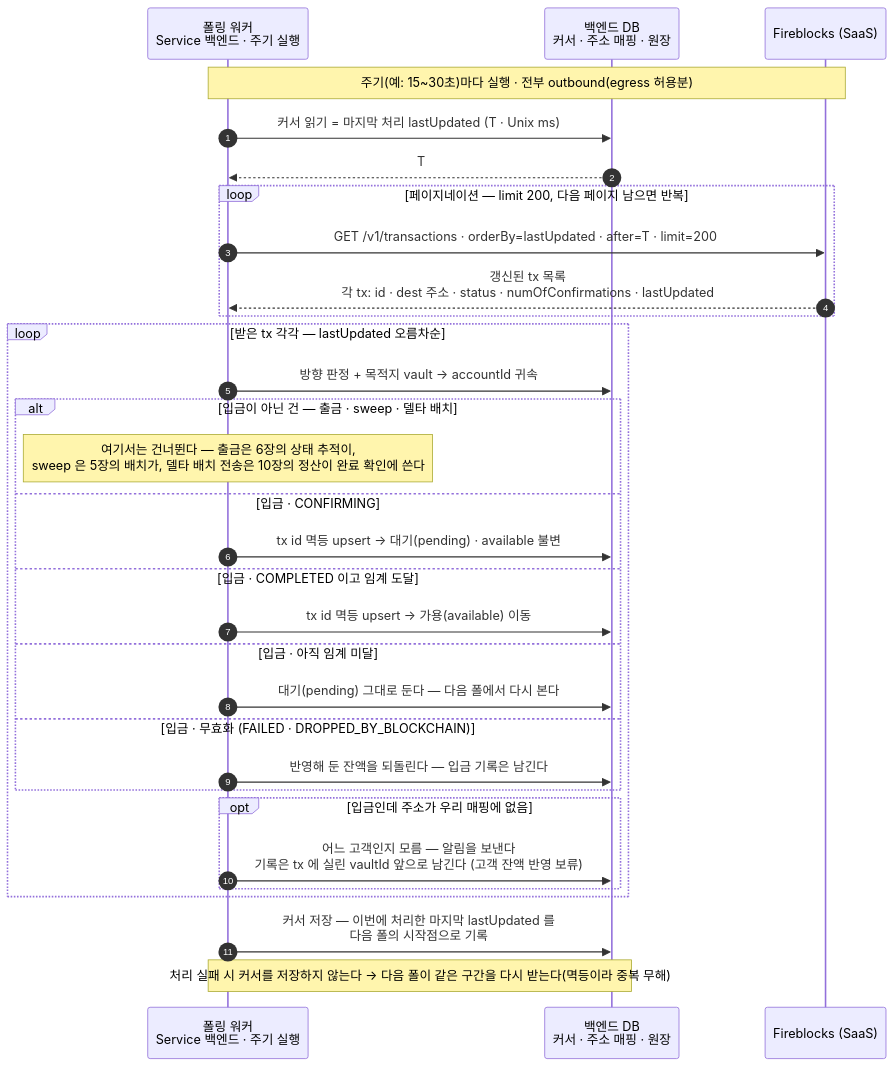
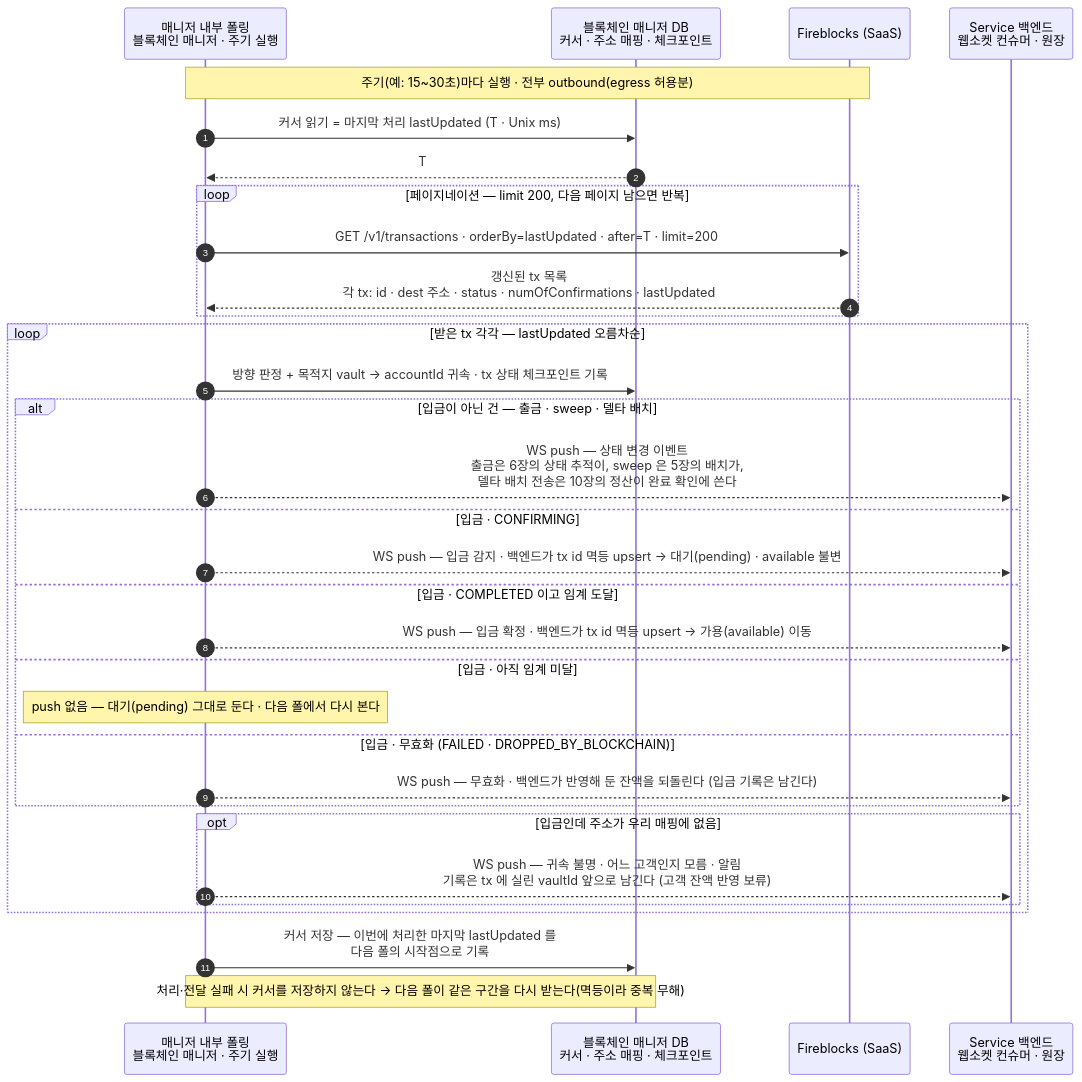
One commit to eunsujeo/eunpus changed the first of 2 diagrams in blockchain-manager/docs/설계/04-detect-confirm.md. Above: the diagram before and after it, drawn with Mermaid. The commit also changed other lines of this file and 10 other files, not shown here.

First line of the commit message:
칸반 문서: 아키텍처 경계 전면 전환 — 포트/어댑터 → 매니저 API + 웹소켓

````diff
--- a/blockchain-manager/docs/설계/04-detect-confirm.md
+++ b/blockchain-manager/docs/설계/04-detect-confirm.md
@@ -43,37 +42,38 @@
 ```mermaid
 sequenceDiagram
     autonumber
-    participant SUB as 폴링 워커<br/>Service 백엔드 · 주기 실행
-    participant DB as 백엔드 DB<br/>커서 · 주소 매핑 · 원장
+    participant SUB as 매니저 내부 폴링<br/>블록체인 매니저 · 주기 실행
+    participant MDB as 블록체인 매니저 DB<br/>커서 · 주소 매핑 · 체크포인트
     participant FB as Fireblocks (SaaS)
+    participant BE as Service 백엔드<br/>웹소켓 컨슈머 · 원장
 
     Note over SUB,FB: 주기(예: 15~30초)마다 실행 · 전부 outbound(egress 허용분)
-    SUB->>DB: 커서 읽기 = 마지막 처리 lastUpdated (T · Unix ms)
-    DB-->>SUB: T
+    SUB->>MDB: 커서 읽기 = 마지막 처리 lastUpdated (T · Unix ms)
+    MDB-->>SUB: T
 
     loop 페이지네이션 — limit 200, 다음 페이지 남으면 반복
         SUB->>FB: GET /v1/transactions · orderBy=lastUpdated · after=T · limit=200
         FB-->>SUB: 갱신된 tx 목록<br/>각 tx: id · dest 주소 · status · numOfConfirmations · lastUpdated
     end
 
     loop 받은 tx 각각 — lastUpdated 오름차순
-        SUB->>DB: 방향 판정 + 목적지 vault → accountId 귀속
+        SUB->>MDB: 방향 판정 + 목적지 vault → accountId 귀속 · tx 상태 체크포인트 기록
         alt 입금이 아닌 건 — 출금 · sweep · 델타 배치
-            Note over SUB: 여기서는 건너뛴다 — 출금은 6장의 상태 추적이,<br/>sweep 은 5장의 배치가, 델타 배치 전송은 10장의 정산이 완료 확인에 쓴다
+            SUB-->>BE: WS push — 상태 변경 이벤트<br/>출금은 6장의 상태 추적이, sweep 은 5장의 배치가,<br/>델타 배치 전송은 10장의 정산이 완료 확인에 쓴다
         else 입금 · CONFIRMING
-            SUB->>DB: tx id 멱등 upsert → 대기(pending) · available 불변
+            SUB-->>BE: WS push — 입금 감지 · 백엔드가 tx id 멱등 upsert → 대기(pending) · available 불변
         else 입금 · COMPLETED 이고 임계 도달
-            SUB->>DB: tx id 멱등 upsert → 가용(available) 이동
+            SUB-->>BE: WS push — 입금 확정 · 백엔드가 tx id 멱등 upsert → 가용(available) 이동
         else 입금 · 아직 임계 미달
-            SUB->>DB: 대기(pending) 그대로 둔다 — 다음 폴에서 다시 본다
+            Note over SUB: push 없음 — 대기(pending) 그대로 둔다 · 다음 폴에서 다시 본다
         else 입금 · 무효화 (FAILED · DROPPED_BY_BLOCKCHAIN)
-            SUB->>DB: 반영해 둔 잔액을 되돌린다 — 입금 기록은 남긴다
+            SUB-->>BE: WS push — 무효화 · 백엔드가 반영해 둔 잔액을 되돌린다 (입금 기록은 남긴다)
         end
         opt 입금인데 주소가 우리 매핑에 없음
-            SUB->>DB: 어느 고객인지 모름 — 알림을 보낸다<br/>기록은 tx 에 실린 vaultId 앞으로 남긴다 (고객 잔액 반영 보류)
+            SUB-->>BE: WS push — 귀속 불명 · 어느 고객인지 모름 · 알림<br/>기록은 tx 에 실린 vaultId 앞으로 남긴다 (고객 잔액 반영 보류)
         end
     end
 
-    SUB->>DB: 커서 저장 — 이번에 처리한 마지막 lastUpdated 를<br/>다음 폴의 시작점으로 기록
-    Note over SUB,DB: 처리 실패 시 커서를 저장하지 않는다 → 다음 폴이 같은 구간을 다시 받는다(멱등이라 중복 무해)
+    SUB->>MDB: 커서 저장 — 이번에 처리한 마지막 lastUpdated 를<br/>다음 폴의 시작점으로 기록
+    Note over SUB,MDB: 처리·전달 실패 시 커서를 저장하지 않는다 → 다음 폴이 같은 구간을 다시 받는다(멱등이라 중복 무해)
 ```
````
